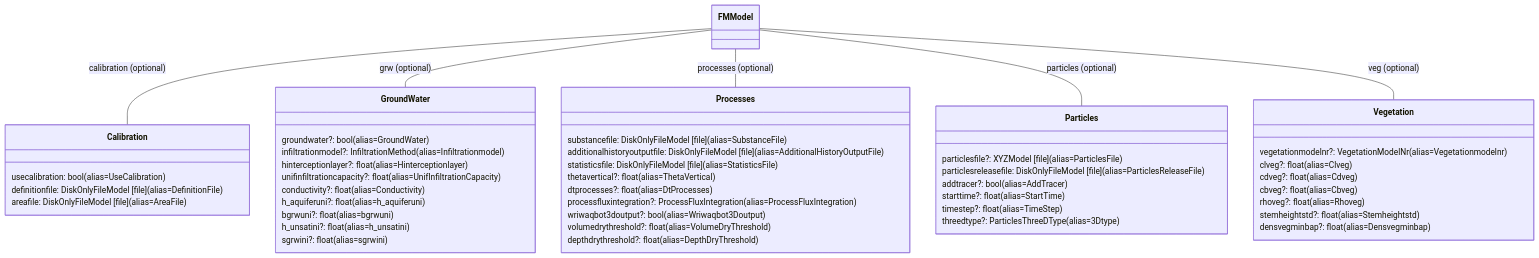
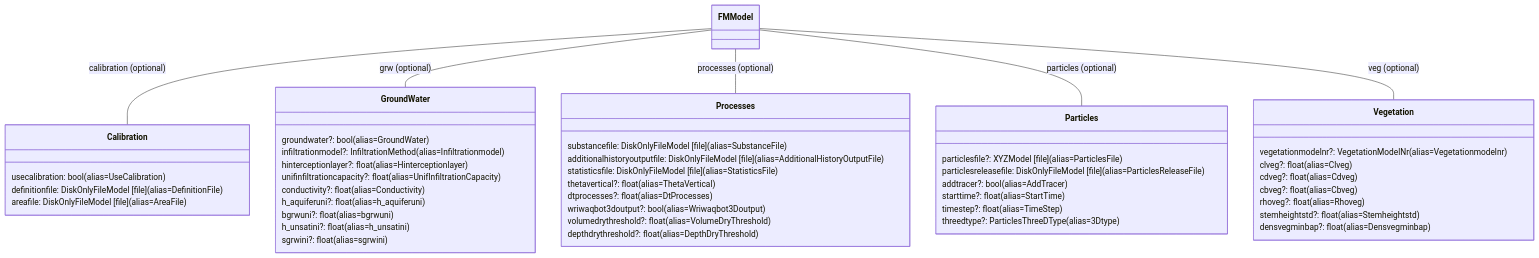
The fifth of 8 diagrams in docs/reference/dflowfm/mdu/fm-model-attributes-detailed.md (Deltares/HYDROLIB-core), drawn with Mermaid before and after one commit. The commit also changed 6 other files, not shown here.

Commit message:
feat(models): remove deprecated 'ProcessFluxIntegration' field from model attributes

````diff
--- a/docs/reference/dflowfm/mdu/fm-model-attributes-detailed.md
+++ b/docs/reference/dflowfm/mdu/fm-model-attributes-detailed.md
@@ -342,61 +342,60 @@
 ```mermaid
 classDiagram
     direction TB
 
     class Calibration {
       usecalibration: bool (alias=UseCalibration)
       definitionfile: DiskOnlyFileModel [file] (alias=DefinitionFile)
       areafile: DiskOnlyFileModel [file] (alias=AreaFile)
     }
 
     class GroundWater {
       groundwater?: bool (alias=GroundWater)
       infiltrationmodel?: InfiltrationMethod (alias=Infiltrationmodel)
       hinterceptionlayer?: float (alias=Hinterceptionlayer)
       unifinfiltrationcapacity?: float (alias=UnifInfiltrationCapacity)
       conductivity?: float (alias=Conductivity)
       h_aquiferuni?: float (alias=h_aquiferuni)
       bgrwuni?: float (alias=bgrwuni)
       h_unsatini?: float (alias=h_unsatini)
       sgrwini?: float (alias=sgrwini)
     }
 
     class Processes {
       substancefile: DiskOnlyFileModel [file] (alias=SubstanceFile)
       additionalhistoryoutputfile: DiskOnlyFileModel [file] (alias=AdditionalHistoryOutputFile)
       statisticsfile: DiskOnlyFileModel [file] (alias=StatisticsFile)
       thetavertical?: float (alias=ThetaVertical)
       dtprocesses?: float (alias=DtProcesses)
-      processfluxintegration?: ProcessFluxIntegration (alias=ProcessFluxIntegration)
       wriwaqbot3doutput?: bool (alias=Wriwaqbot3Doutput)
       volumedrythreshold?: float (alias=VolumeDryThreshold)
       depthdrythreshold?: float (alias=DepthDryThreshold)
     }
 
     class Particles {
       particlesfile?: XYZModel [file] (alias=ParticlesFile)
       particlesreleasefile: DiskOnlyFileModel [file] (alias=ParticlesReleaseFile)
       addtracer?: bool (alias=AddTracer)
       starttime?: float (alias=StartTime)
       timestep?: float (alias=TimeStep)
       threedtype?: ParticlesThreeDType (alias=3Dtype)
     }
 
     class Vegetation {
       vegetationmodelnr?: VegetationModelNr (alias=Vegetationmodelnr)
       clveg?: float (alias=Clveg)
       cdveg?: float (alias=Cdveg)
       cbveg?: float (alias=Cbveg)
       rhoveg?: float (alias=Rhoveg)
       stemheightstd?: float (alias=Stemheightstd)
       densvegminbap?: float (alias=Densvegminbap)
     }
 
     %% Connect to FMModel like in the consolidated overview
     class FMModel
     FMModel -- Calibration : calibration (optional)
     FMModel -- GroundWater : grw (optional)
     FMModel -- Processes : processes (optional)
     FMModel -- Particles : particles (optional)
     FMModel -- Vegetation : veg (optional)
 ```
````
